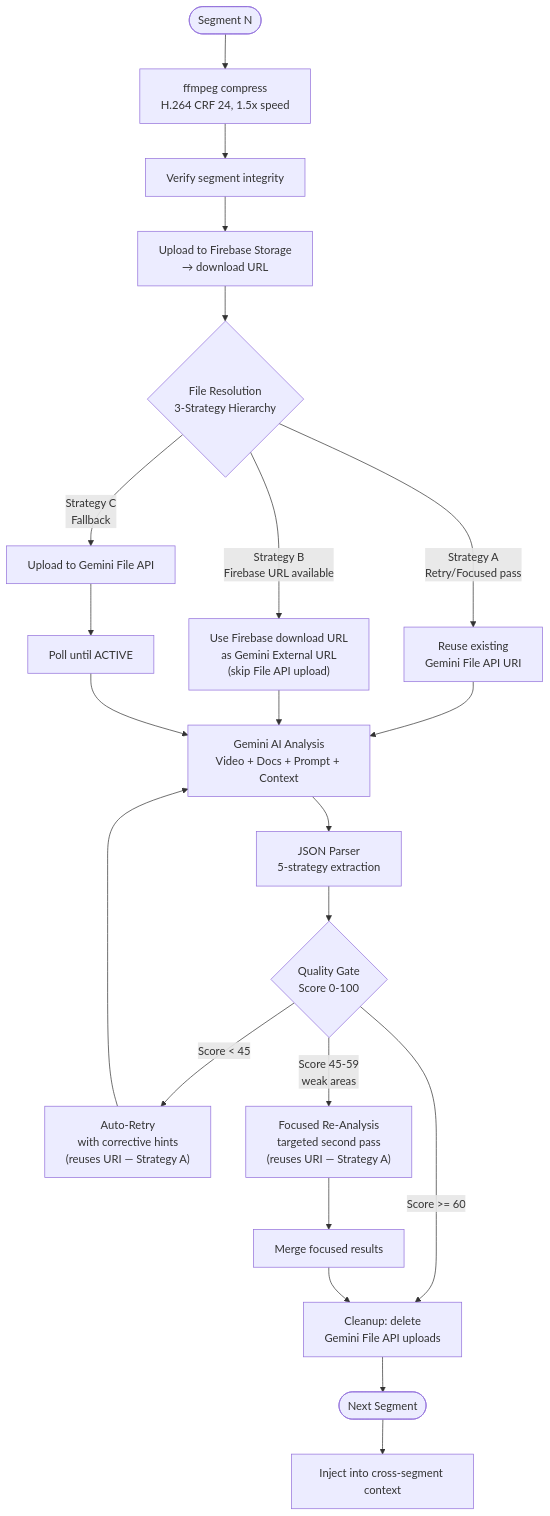
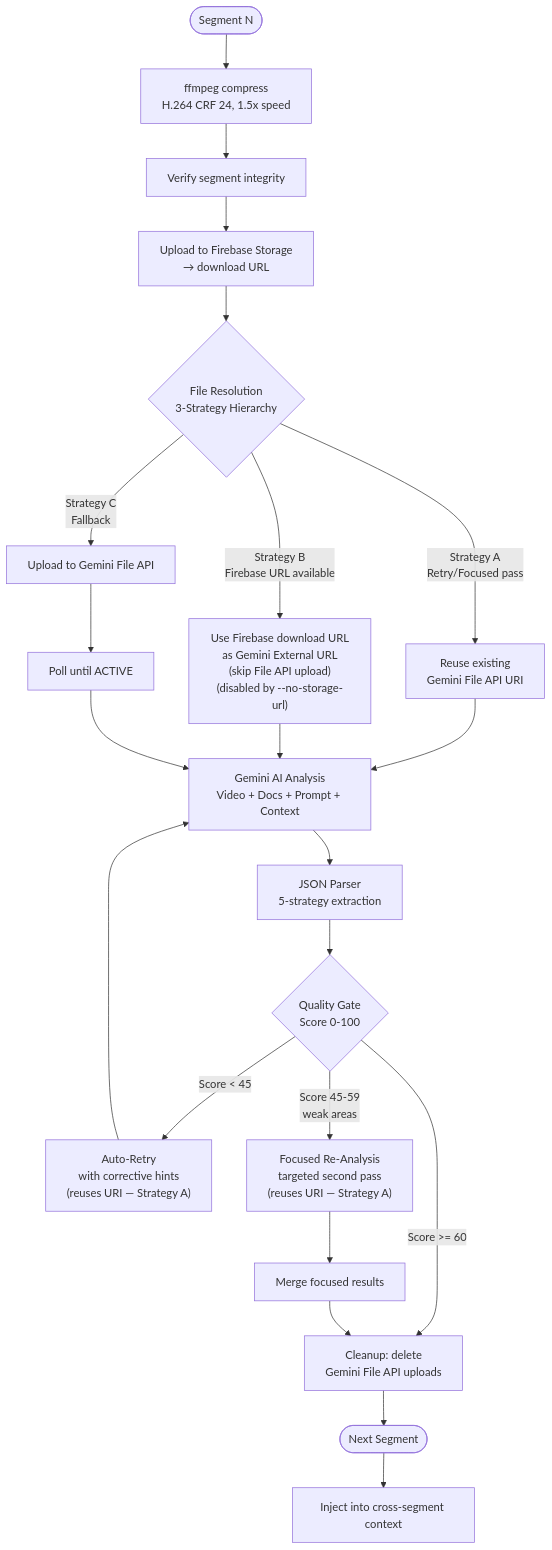
Before and after one commit to youssefadel94/task-summary-extractor: the third of 9 diagrams in ARCHITECTURE.md, drawn with Mermaid. The commit also changed other lines of this file and 6 other files, not shown here.

First line of the commit message:
v7.2.2: Upload control flags (--force-upload, --no-storage-url)

````diff
--- a/ARCHITECTURE.md
+++ b/ARCHITECTURE.md
@@ -176,27 +176,27 @@
 ```mermaid
 flowchart TB
     START(["Segment N"]) --> COMPRESS["ffmpeg compress\nH.264 CRF 24, 1.5x speed"]
     COMPRESS --> VERIFY["Verify segment integrity"]
     VERIFY --> UPLOAD_FB["Upload to Firebase Storage\n→ download URL"]
 
     UPLOAD_FB --> RESOLVE{"File Resolution\n3-Strategy Hierarchy"}
 
     RESOLVE -->|"Strategy A\nRetry/Focused pass"| REUSE["Reuse existing\nGemini File API URI"]
-    RESOLVE -->|"Strategy B\nFirebase URL available"| EXTURL["Use Firebase download URL\nas Gemini External URL\n(skip File API upload)"]
+    RESOLVE -->|"Strategy B\nFirebase URL available"| EXTURL["Use Firebase download URL\nas Gemini External URL\n(skip File API upload)\n(disabled by --no-storage-url)"]
     RESOLVE -->|"Strategy C\nFallback"| UPLOAD_GEM["Upload to Gemini File API"]
     UPLOAD_GEM --> WAIT["Poll until ACTIVE"]
 
     REUSE & EXTURL & WAIT --> ANALYZE["Gemini AI Analysis\nVideo + Docs + Prompt + Context"]
     ANALYZE --> PARSE["JSON Parser\n5-strategy extraction"]
     PARSE --> QUALITY{"Quality Gate\nScore 0-100"}
 
     QUALITY -->|"Score < 45"| RETRY["Auto-Retry\nwith corrective hints\n(reuses URI — Strategy A)"]
     RETRY --> ANALYZE
     QUALITY -->|"Score 45-59\nweak areas"| FOCUS["Focused Re-Analysis\ntargeted second pass\n(reuses URI — Strategy A)"]
     FOCUS --> MERGE["Merge focused results"]
     QUALITY -->|"Score >= 60"| CLEANUP
     MERGE --> CLEANUP["Cleanup: delete\nGemini File API uploads"]
     CLEANUP --> NEXT(["Next Segment"])
 
     NEXT --> CTX["Inject into cross-segment context"]
 ```
````
